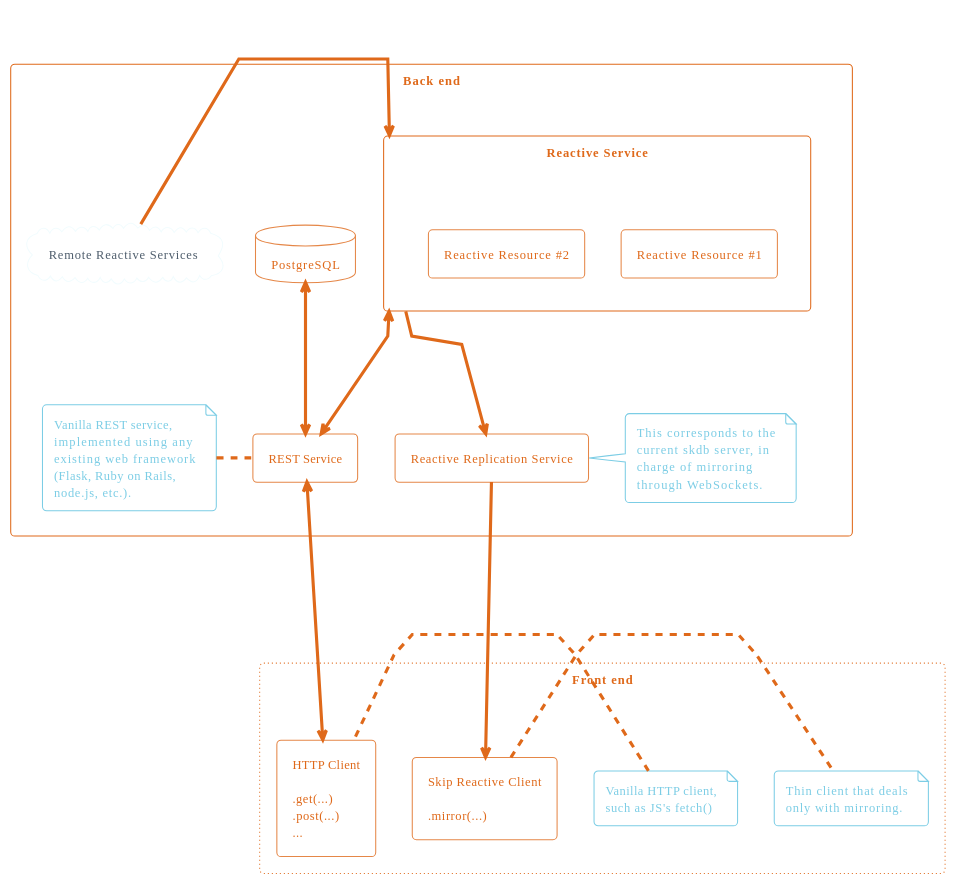
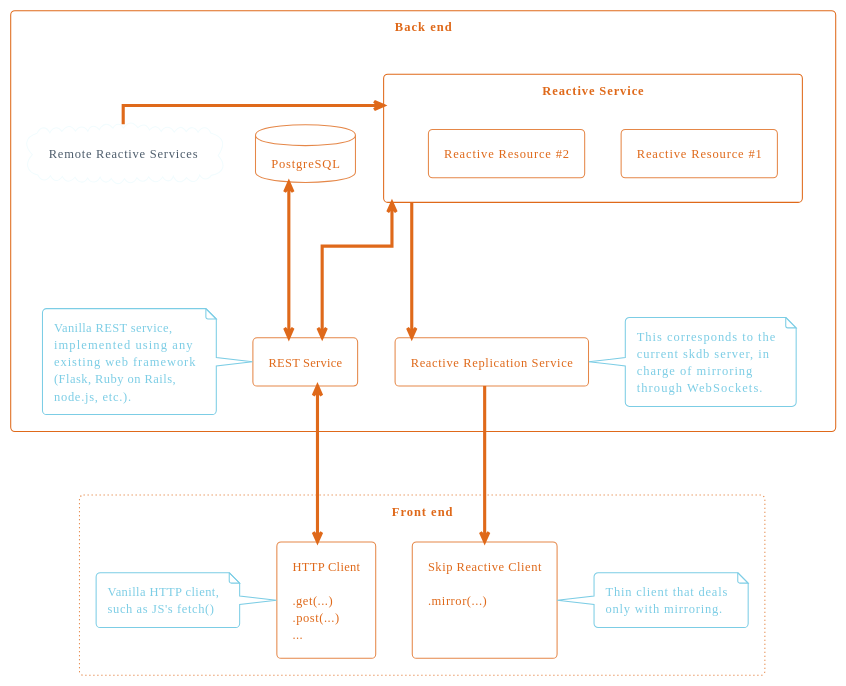
Before and after one commit to beauby/skdb: the first of 2 diagrams in rfc/008-reactive-services.org, drawn with PlantUML. The commit also changed other lines of this file, not shown here.

```diff
--- a/rfc/008-reactive-services.org
+++ b/rfc/008-reactive-services.org
@@ -8,60 +8,60 @@
 #+begin_src plantuml :file architecture.png
   skinparam componentStyle rectangle
-  skinparam linetype polyline
+  skinparam linetype ortho
   !theme superhero-outline
+
   component "Back end" as s1 {
-          together {
-                  database "PostgreSQL" as db
-                  component "Reactive Service" as s1.srs {
-                          together {
-                                  [Reactive Resource #1] as s1.srs.1
-                                  [Reactive Resource #2] as s1.srs.2
-                          }
-                  }
+          database "PostgreSQL" as db
+          component "Reactive Service" as srs {
+                  [Reactive Resource #1] as srs.1
+                  [Reactive Resource #2] as srs.2
           }
+          component "REST Service" as rest
+          note left of rest
+                  Vanilla REST service,
+                  implemented using any
+                  existing web framework
+                  (Flask, Ruby on Rails,
+                  node.js, etc.).
+          end note
 
-          together {
-                  [REST Service] as s1.rest
-                  note left
-                          Vanilla REST service,
-                          implemented using any
-                          existing web framework
-                          (Flask, Ruby on Rails,
-                          node.js, etc.).
-                  end note
-                  [Reactive Replication Service] as s1.replication
-                  note right
-                          This corresponds to the
-                          current skdb server, in
-                          charge of mirroring
-                          through WebSockets.
-                  end note
-          }
+          [Reactive Replication Service] as replication
+          note right of replication
+                  This corresponds to the
+                  current skdb server, in
+                  charge of mirroring
+                  through WebSockets.
+          end note
 
-          s1.rest <--> "read/write" db
-          s1.rest -[hidden]r- s1.replication
-          s1.srs --> "tail" s1.replication
-          s1.srs <--> s1.rest : read/write
+          db -[hidden]right- srs
 
-          cloud "Remote Reactive Services" as s2
-          s1.srs <-r- s2 : WebSocket\nmirror()
+          rest -[hidden]right- replication
+
+          db <---> rest
+          srs <---> rest
+          srs ---> replication
+
+          cloud "Remote Reactive Services" as remote_srs
+          srs <-[norank]- remote_srs
   }
+
 
 
   component "Front end" #line.dotted {
           [HTTP Client\n\n.get(...)\n.post(...)\n...] as restclient
           note left
                   Vanilla HTTP client,
                   such as JS's fetch()
           end note
-          [Skip Reactive Client\n\n.mirror(...)] as srsclient
+          [Skip Reactive Client\n\n.mirror(...)\n\n] as srsclient
           note right
                   Thin client that deals
                   only with mirroring.
           end note
 
-          s1.replication ---> srsclient : WebSocket
-          s1.rest <---> restclient : HTTP
+          restclient -[hidden]right-> srsclient
+          replication ---> srsclient : WebSocket
+          rest <---> restclient : HTTP
 
   }
 #+end_src
```
